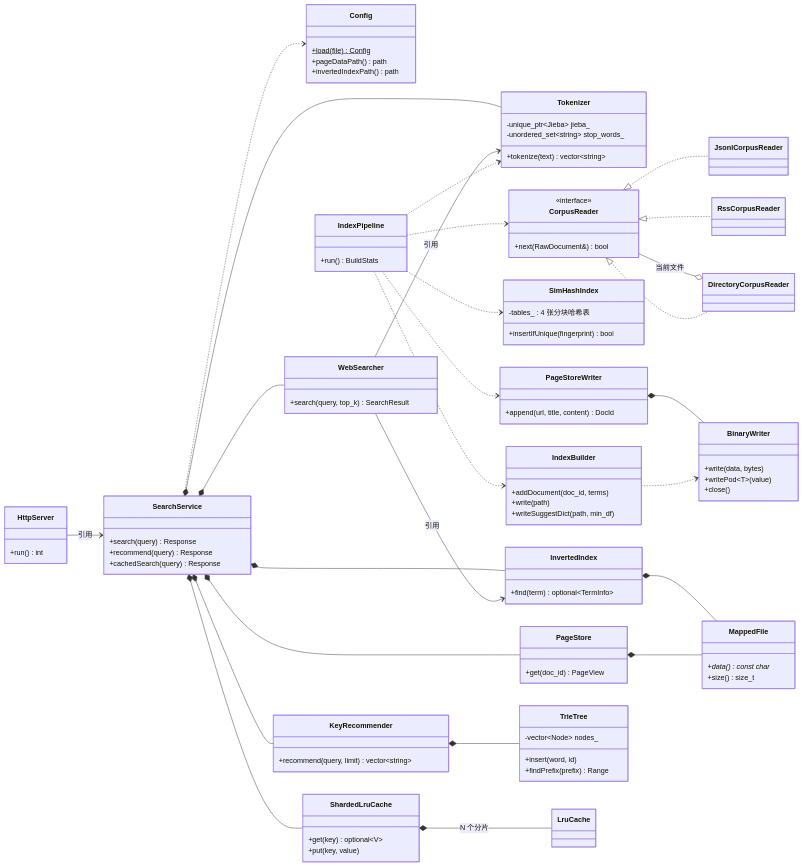
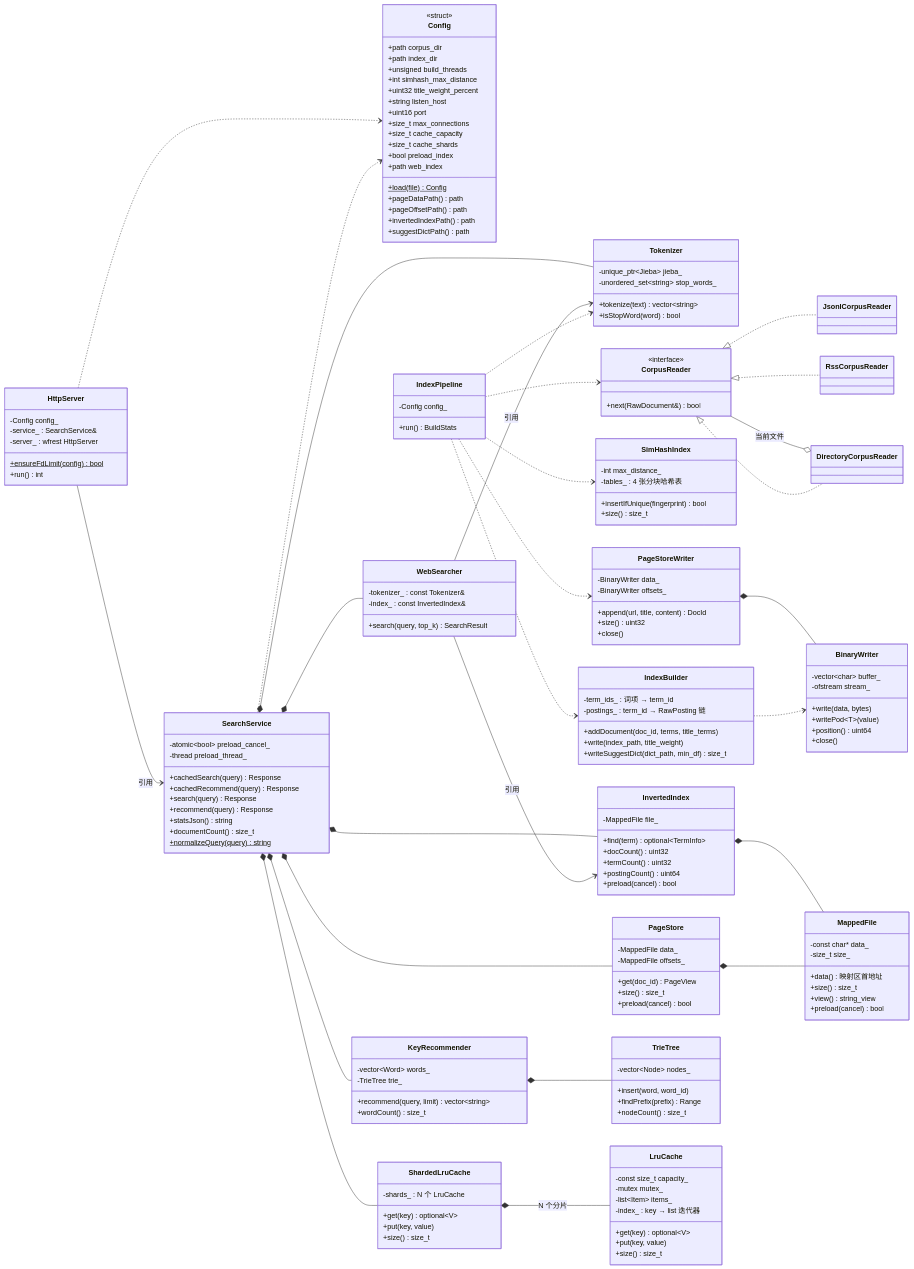
One commit to ZefanHu/SearchEngine changed the second of 3 diagrams in ARCHITECTURE.md. Above: the diagram before and after it, drawn with Mermaid. The commit also changed other lines of this file and 3 other files, not shown here.

First line of the commit message:
docs: align ARCHITECTURE and README with the current code; add docs/DATA.md

````diff
--- a/ARCHITECTURE.md
+++ b/ARCHITECTURE.md
@@ -58,22 +82,45 @@
     direction LR
 
     class Config {
+        <<struct>>
+        +path corpus_dir
+        +path index_dir
+        +unsigned build_threads
+        +int simhash_max_distance
+        +uint32 title_weight_percent
+        +string listen_host
+        +uint16 port
+        +size_t max_connections
+        +size_t cache_capacity
+        +size_t cache_shards
+        +bool preload_index
+        +path web_index
         +load(file)$ Config
         +pageDataPath() path
+        +pageOffsetPath() path
         +invertedIndexPath() path
+        +suggestDictPath() path
     }
     class Tokenizer {
         -unique_ptr~Jieba~ jieba_
         -unordered_set~string~ stop_words_
         +tokenize(text) vector~string~
+        +isStopWord(word) bool
     }
     class MappedFile {
-        +data() const char*
+        -const char* data_
+        -size_t size_
+        +data() 映射区首地址
         +size() size_t
+        +view() string_view
+        +preload(cancel) bool
     }
     class BinaryWriter {
+        -vector~char~ buffer_
+        -ofstream stream_
         +write(data, bytes)
         +writePod~T~(value)
+        +position() uint64
         +close()
     }
 
@@ -90,18 +137,27 @@
     DirectoryCorpusReader o-- CorpusReader : 当前文件
 
     class SimHashIndex {
+        -int max_distance_
         -tables_ : 4 张分块哈希表
         +insertIfUnique(fingerprint) bool
+        +size() size_t
     }
     class IndexBuilder {
-        +addDocument(doc_id, terms)
-        +write(path)
-        +writeSuggestDict(path, min_df)
+        -term_ids_ : 词项 → term_id
+        -postings_ : term_id → RawPosting 链
+        +addDocument(doc_id, terms, title_terms)
+        +write(index_path, title_weight)
+        +writeSuggestDict(dict_path, min_df) size_t
     }
     class PageStoreWriter {
+        -BinaryWriter data_
+        -BinaryWriter offsets_
         +append(url, title, content) DocId
+        +size() uint32
+        +close()
     }
     class IndexPipeline {
+        -Config config_
         +run() BuildStats
     }
     IndexPipeline ..> CorpusReader
@@ -113,38 +169,73 @@
     PageStoreWriter *-- BinaryWriter
 
     class PageStore {
+        -MappedFile data_
+        -MappedFile offsets_
         +get(doc_id) PageView
+        +size() size_t
+        +preload(cancel) bool
     }
     class InvertedIndex {
+        -MappedFile file_
         +find(term) optional~TermInfo~
+        +docCount() uint32
+        +termCount() uint32
+        +postingCount() uint64
+        +preload(cancel) bool
     }
     PageStore *-- MappedFile
     InvertedIndex *-- MappedFile
 
     class TrieTree {
         -vector~Node~ nodes_
-        +insert(word, id)
+        +insert(word, word_id)
         +findPrefix(prefix) Range
+        +nodeCount() size_t
     }
     class KeyRecommender {
+        -vector~Word~ words_
+        -TrieTree trie_
         +recommend(query, limit) vector~string~
+        +wordCount() size_t
     }
     class WebSearcher {
+        -tokenizer_ : const Tokenizer&
+        -index_ : const InvertedIndex&
         +search(query, top_k) SearchResult
     }
     class ShardedLruCache {
+        -shards_ : N 个 LruCache
         +get(key) optional~V~
         +put(key, value)
+        +size() size_t
     }
-    class LruCache
+    class LruCache {
+        -const size_t capacity_
+        -mutex mutex_
+        -list~Item~ items_
+        -index_ : key → list 迭代器
+        +get(key) optional~V~
+        +put(key, value)
+        +size() size_t
+    }
     ShardedLruCache *-- LruCache : N 个分片
 
     class SearchService {
+        -atomic~bool~ preload_cancel_
+        -thread preload_thread_
+        +cachedSearch(query) Response
+        +cachedRecommend(query) Response
         +search(query) Response
         +recommend(query) Response
-        +cachedSearch(query) Response
+        +statsJson() string
+        +documentCount() size_t
+        +normalizeQuery(query)$ string
     }
     class HttpServer {
+        -Config config_
+        -service_ : SearchService&
+        -server_ : wfrest HttpServer
+        +ensureFdLimit(config)$ bool
         +run() int
     }
 
@@ -159,4 +250,5 @@
     SearchService *-- ShardedLruCache
     HttpServer --> SearchService : 引用
     SearchService ..> Config
+    HttpServer ..> Config
 ```
````
